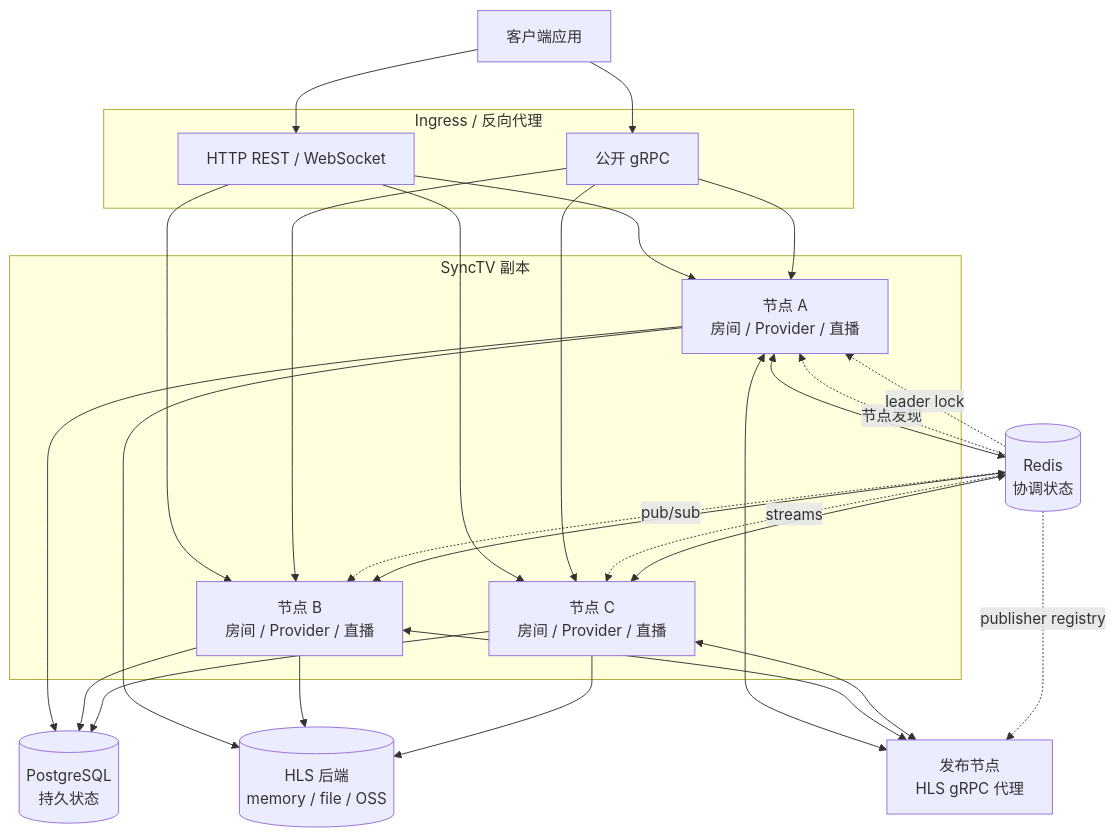
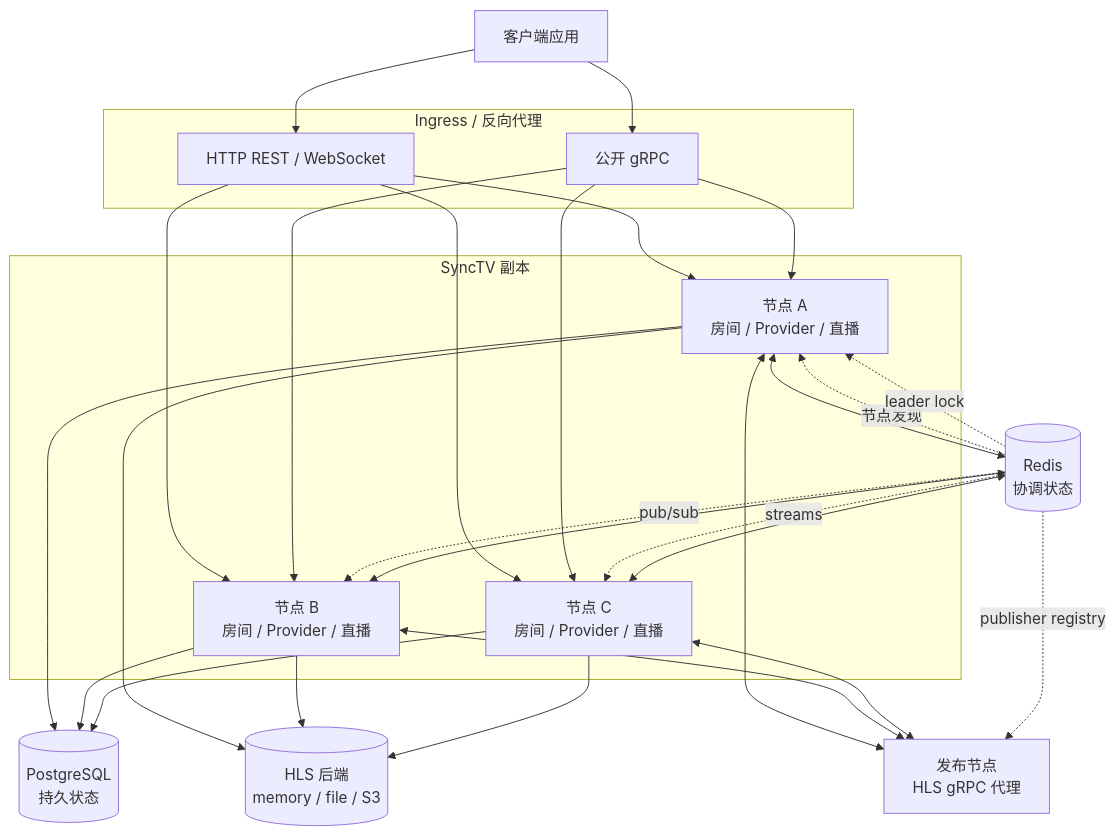
Before and after one commit to synctv-org/synctv: the diagram in docs/src/diagrams/cluster-runtime-zh.mmd, drawn with Mermaid. The commit also changed 162 other files, not shown here.

```diff
--- a/docs/src/diagrams/cluster-runtime-zh.mmd
+++ b/docs/src/diagrams/cluster-runtime-zh.mmd
@@ -1,46 +1,46 @@
 flowchart TB
   Client[客户端应用]
 
   subgraph Edge["Ingress / 反向代理"]
     HTTP[HTTP REST / WebSocket]
     GRPC[公开 gRPC]
   end
 
   subgraph Nodes["SyncTV 副本"]
     A[节点 A<br/>房间 / Provider / 直播]
     B[节点 B<br/>房间 / Provider / 直播]
     C[节点 C<br/>房间 / Provider / 直播]
   end
 
   PG[(PostgreSQL<br/>持久状态)]
   Redis[(Redis<br/>协调状态)]
-  HLS[(HLS 后端<br/>memory / file / OSS)]
+  HLS[(HLS 后端<br/>memory / file / S3)]
   HLSProxy[发布节点<br/>HLS gRPC 代理]
 
   Client --> HTTP
   Client --> GRPC
   HTTP --> A
   HTTP --> B
   HTTP --> C
   GRPC --> A
   GRPC --> B
   GRPC --> C
 
   A --> PG
   B --> PG
   C --> PG
   A <--> Redis
   B <--> Redis
   C <--> Redis
   A --> HLS
   B --> HLS
   C --> HLS
   A <--> HLSProxy
   B <--> HLSProxy
   C <--> HLSProxy
 
   Redis -. 节点发现 .-> A
   Redis -. pub/sub .-> B
   Redis -. streams .-> C
   Redis -. leader lock .-> A
   Redis -. publisher registry .-> HLSProxy
```
